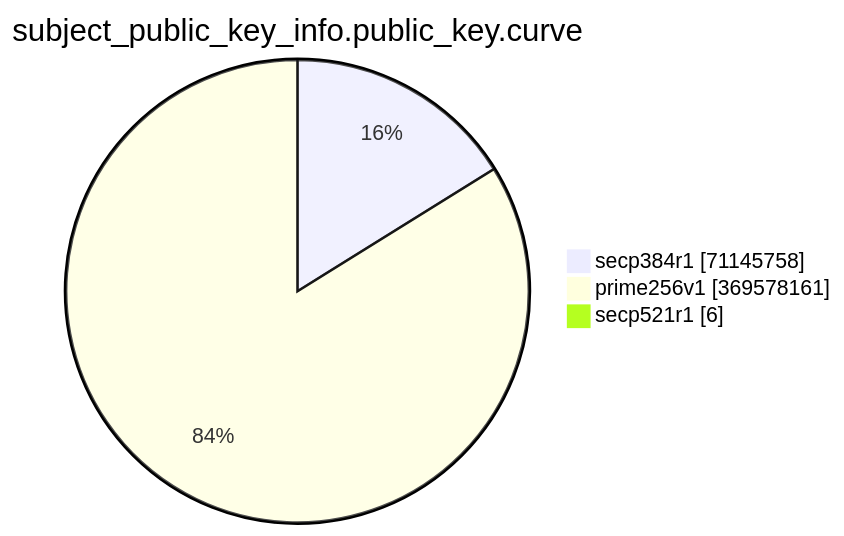
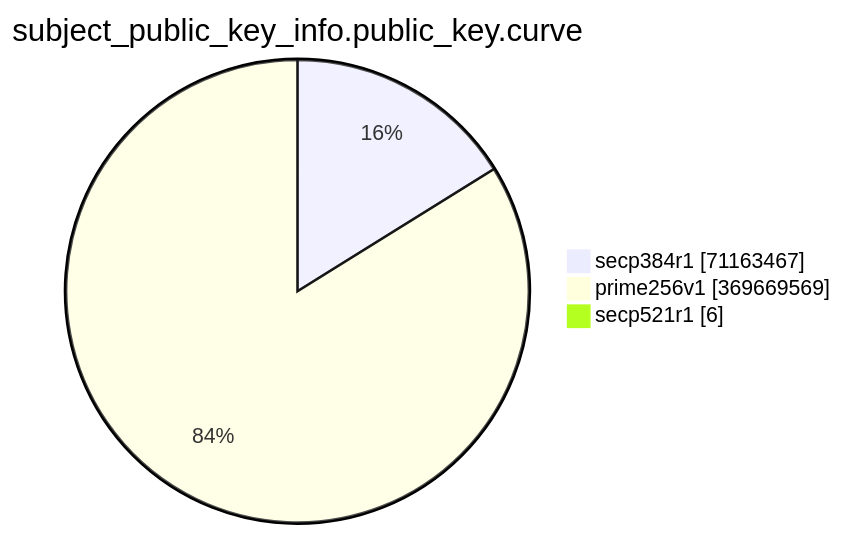
The eighth of 15 diagrams in TOTAL/README.md (christiankrug/ctmonitor_visualization), drawn with Mermaid before and after one commit. The commit also changed other lines of this file, not shown here.

````diff
--- a/TOTAL/README.md
+++ b/TOTAL/README.md
@@ -3094,7 +3094,7 @@
 ```mermaid
 pie showData
 title subject_public_key_info.public_key.curve
-"secp384r1" :71145758
-"prime256v1" :369578161
+"secp384r1" :71163467
+"prime256v1" :369669569
 "secp521r1" :6
 ```
````
